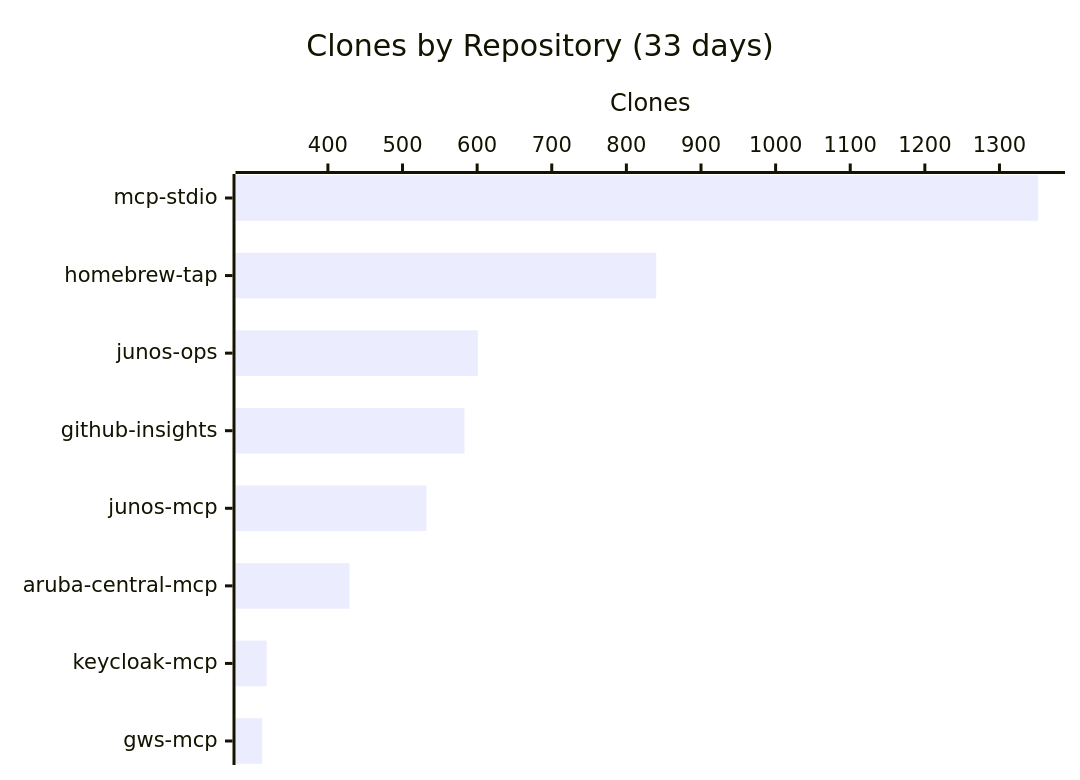
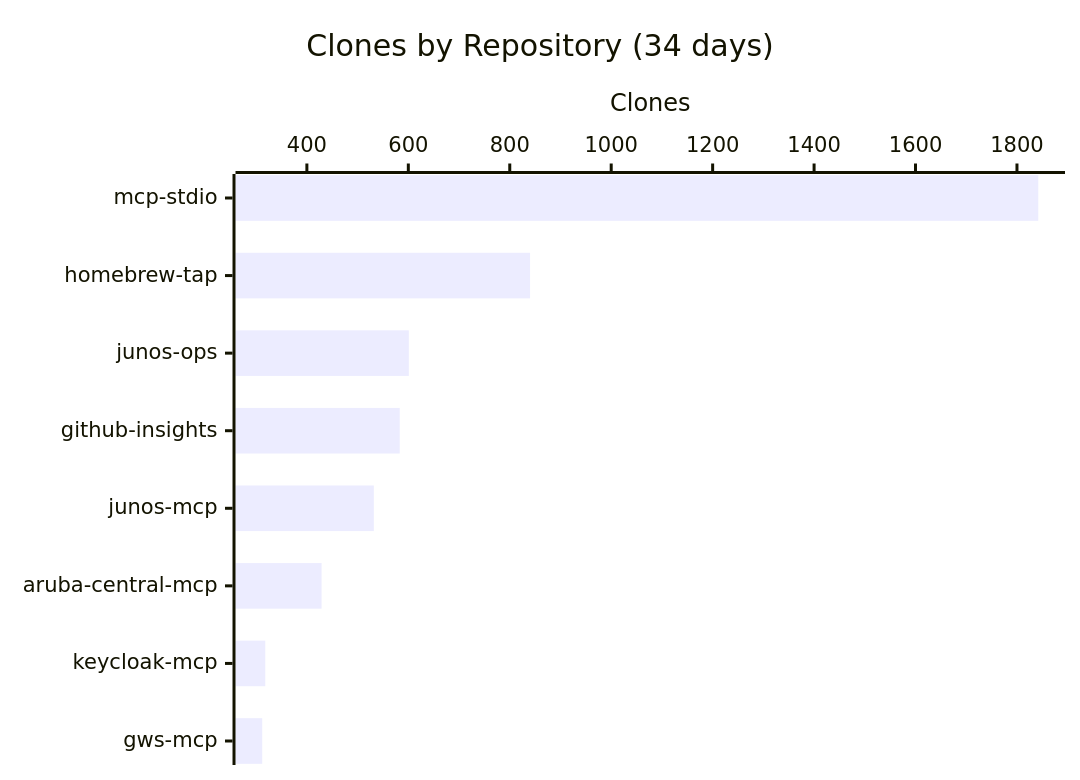
Before and after one commit to shigechika/github-insights: the third of 3 diagrams in README.md, drawn with Mermaid. The commit also changed other lines of this file and 1 other file, not shown here.

````diff
--- a/README.md
+++ b/README.md
@@ -34,7 +34,7 @@
 ```mermaid
 xychart-beta horizontal
-    title "Clones by Repository (33 days)"
+    title "Clones by Repository (34 days)"
     x-axis ["mcp-stdio", "homebrew-tap", "junos-ops", "github-insights", "junos-mcp", "aruba-central-mcp", "keycloak-mcp", "gws-mcp"]
     y-axis "Clones"
-    bar [1352, 840, 601, 583, 532, 429, 318, 312]
+    bar [1842, 840, 601, 583, 532, 429, 318, 312]
 ```
````
